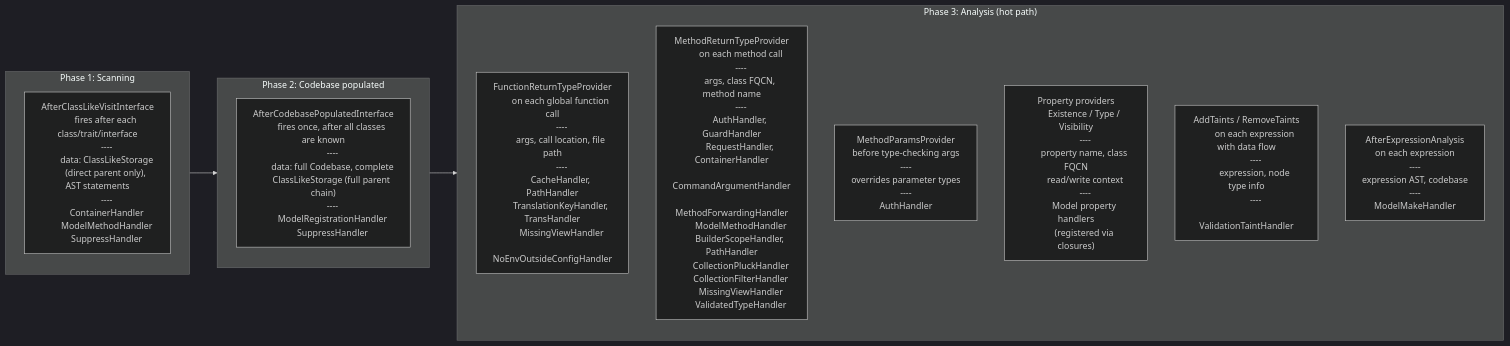
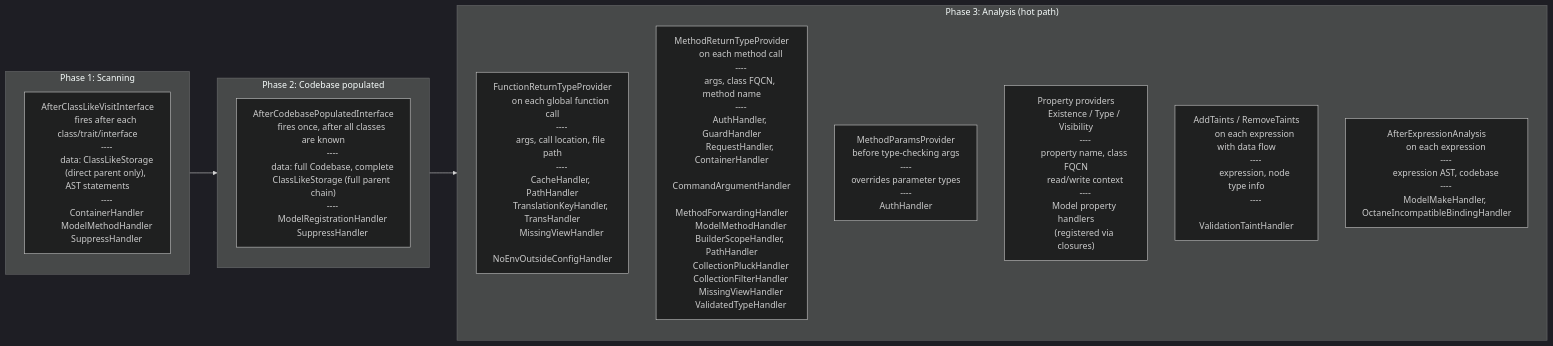
Before and after one commit to psalm/psalm-plugin-laravel: the second of 2 diagrams in docs/contributing/README.md, drawn with Mermaid (dark theme). The commit also changed other lines of this file and 7 other files, not shown here.

First line of the commit message:
feat: detect Octane-incompatible singleton/scoped bindings

```diff
--- a/docs/contributing/README.md
+++ b/docs/contributing/README.md
@@ -207,7 +207,7 @@
         ----
         expression AST, codebase
         ----
-        ModelMakeHandler"]
+        ModelMakeHandler, OctaneIncompatibleBindingHandler"]
     end
 
     scanning --> populated --> analysis
```
